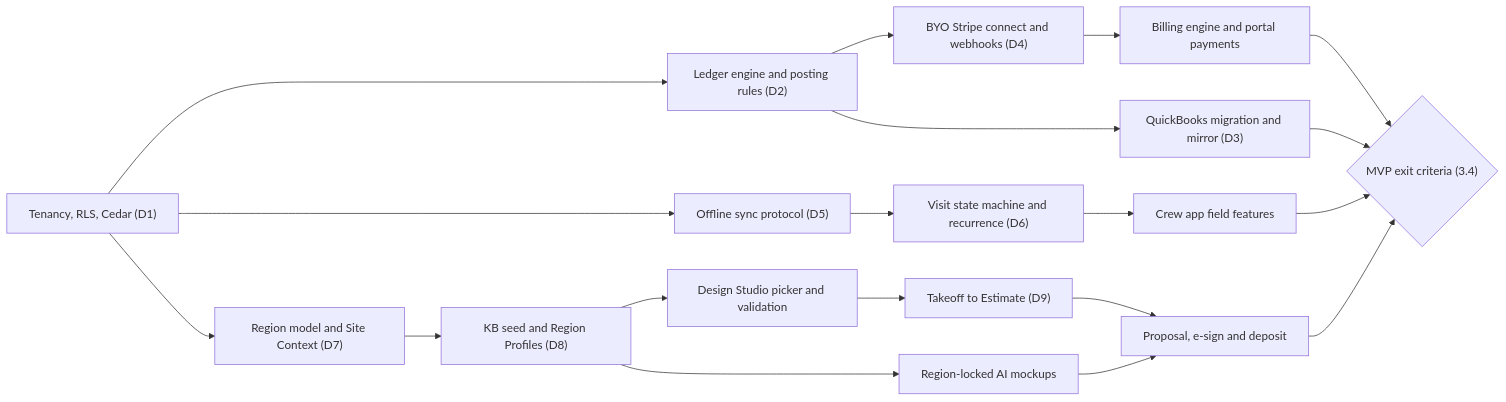
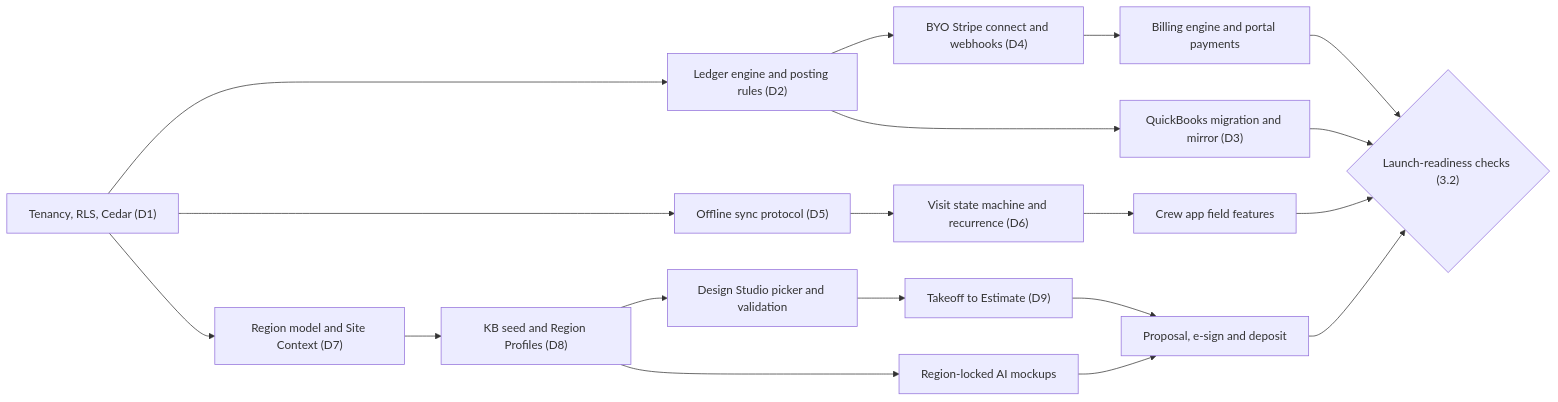
The diagram in docs/24-product-scope-decisions-catalog.md (jdinard/landscape), drawn with Mermaid before and after one commit. The commit also changed other lines of this file and 42 other files, not shown here.

````diff
--- a/docs/24-product-scope-decisions-catalog.md
+++ b/docs/24-product-scope-decisions-catalog.md
@@ -1359,21 +1298,21 @@
 ```mermaid
 flowchart LR
     T["Tenancy, RLS, Cedar (D1)"] --> L["Ledger engine and posting rules (D2)"]
     T --> S["Offline sync protocol (D5)"]
     T --> R["Region model and Site Context (D7)"]
     L --> P["BYO Stripe connect and webhooks (D4)"]
     P --> B["Billing engine and portal payments"]
     L --> M["QuickBooks migration and mirror (D3)"]
     S --> V["Visit state machine and recurrence (D6)"]
     V --> C["Crew app field features"]
     R --> K["KB seed and Region Profiles (D8)"]
     K --> D["Design Studio picker and validation"]
     D --> X["Takeoff to Estimate (D9)"]
     K --> A["Region-locked AI mockups"]
     X --> PR["Proposal, e-sign and deposit"]
     A --> PR
-    B --> G{"MVP exit criteria (3.4)"}
+    B --> G{"Launch-readiness checks (3.2)"}
     M --> G
     C --> G
     PR --> G
 ```
````
